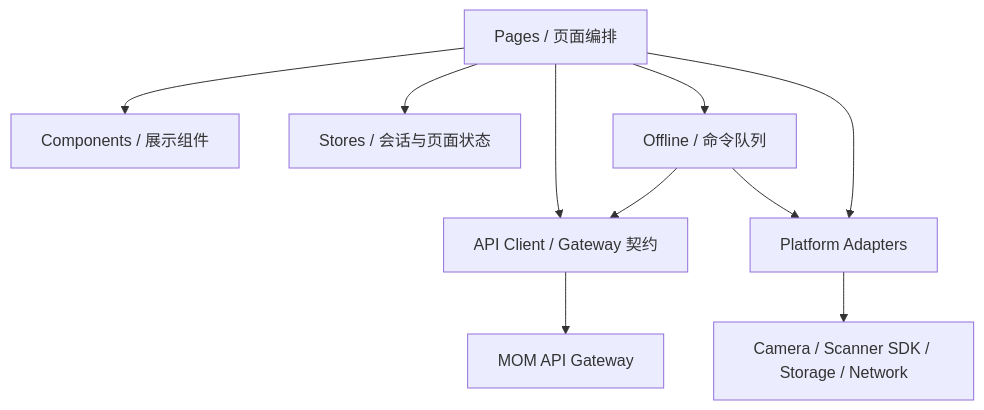
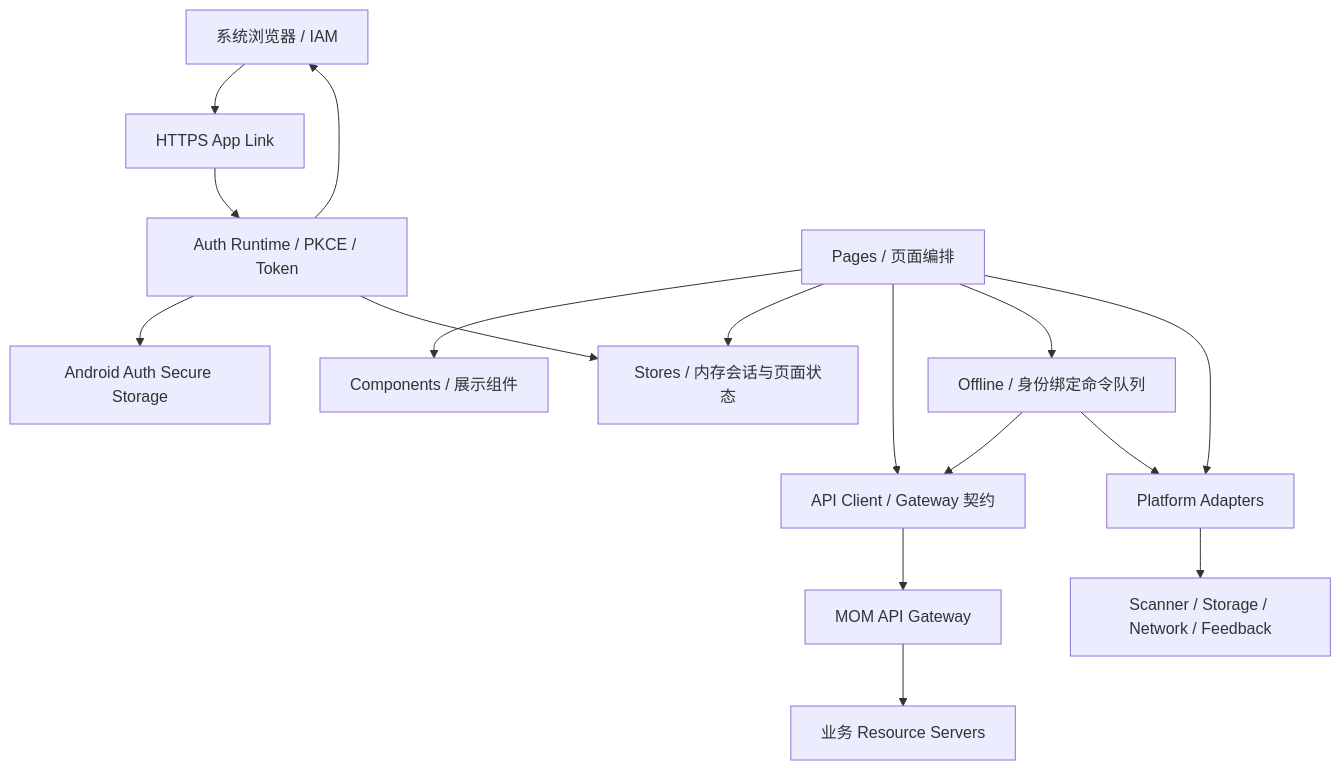
One commit to Chris-co-shi/mom-mobile changed the diagram in docs/architecture/移动端总体架构.md. Above: the diagram before and after it, drawn with Mermaid. The commit also changed other lines of this file and 10 other files, not shown here.

Commit message:
docs(auth): align mobile architecture with P1.5 security baseline

````diff
--- a/docs/architecture/移动端总体架构.md
+++ b/docs/architecture/移动端总体架构.md
@@ -9,21 +12,32 @@
 ```mermaid
 flowchart TB
+    Browser[系统浏览器 / IAM]
+    AppLink[HTTPS App Link]
+    Auth[Auth Runtime / PKCE / Token]
+    Secure[Android Auth Secure Storage]
     Pages[Pages / 页面编排]
     Components[Components / 展示组件]
-    Stores[Stores / 会话与页面状态]
+    Stores[Stores / 内存会话与页面状态]
     API[API Client / Gateway 契约]
-    Offline[Offline / 命令队列]
+    Offline[Offline / 身份绑定命令队列]
     Platform[Platform Adapters]
     Gateway[MOM API Gateway]
-    Device[Camera / Scanner SDK / Storage / Network]
+    Services[业务 Resource Servers]
+    Device[Scanner / Storage / Network / Feedback]
 
+    Auth --> Browser
+    Browser --> AppLink
+    AppLink --> Auth
+    Auth --> Secure
+    Auth --> Stores
     Pages --> Components
     Pages --> Stores
     Pages --> API
     Pages --> Offline
     Pages --> Platform
     Offline --> API
     Offline --> Platform
     API --> Gateway
+    Gateway --> Services
     Platform --> Device
 ```
````
